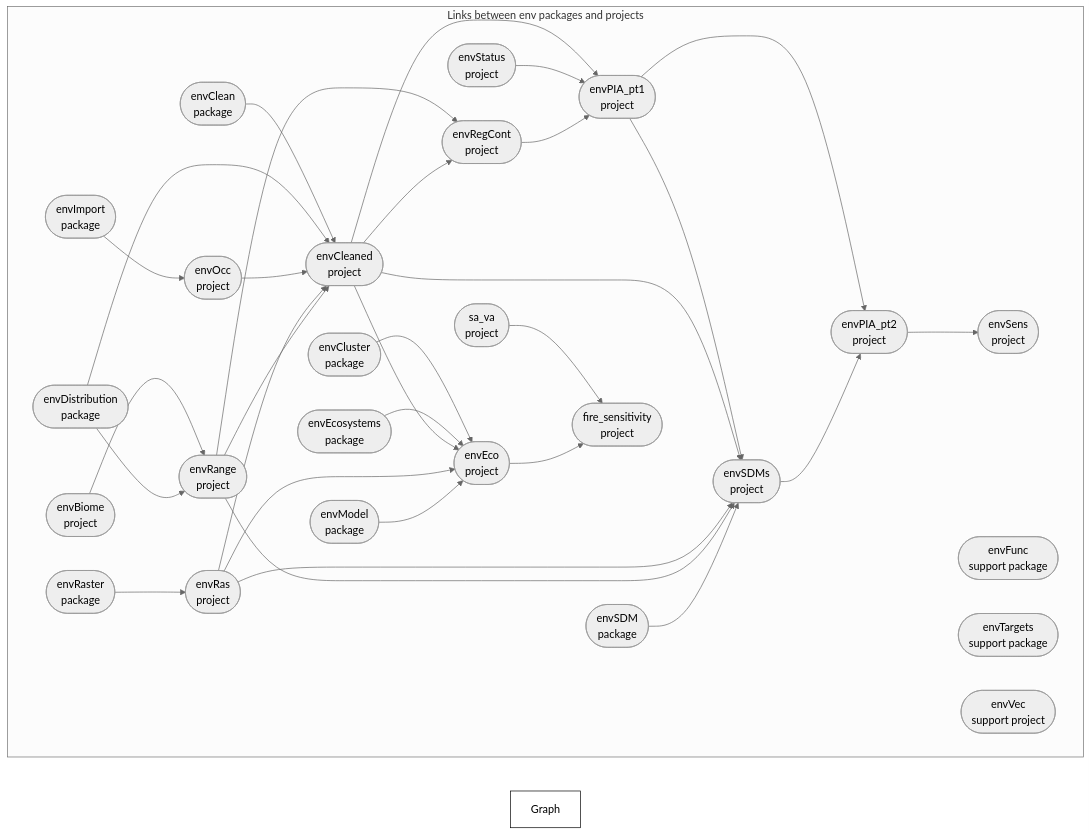
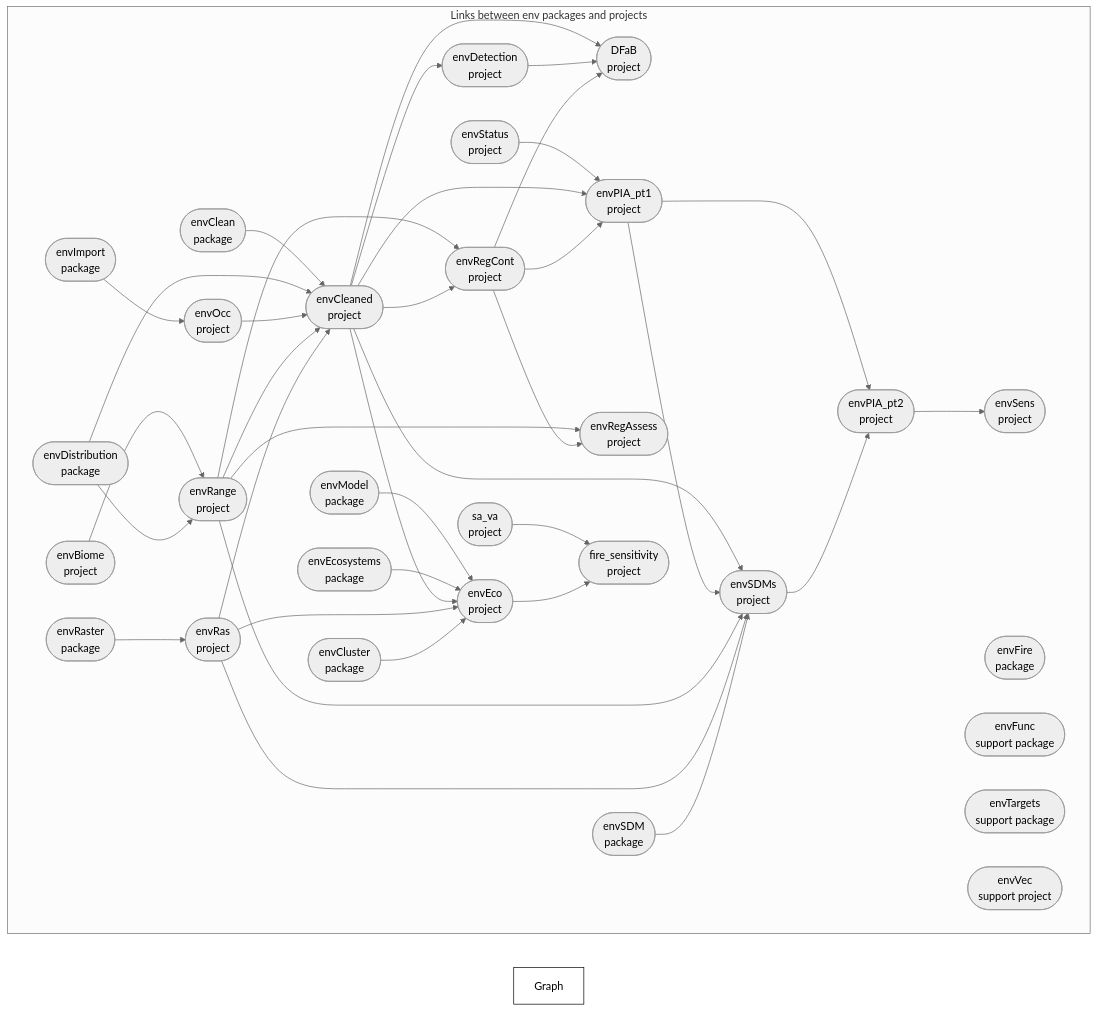
Before and after one commit to dew-landscapes/.github: the diagram in profile/README.md, drawn with Mermaid (neutral theme). The commit also changed other lines of this file, not shown here.

````diff
--- a/profile/README.md
+++ b/profile/README.md
@@ -44,39 +44,46 @@
 ``` mermaid
 graph LR
   style Graph fill:#FFFFFF00,stroke:#000000;
   subgraph Links between env packages and projects
     direction LR
+    x4e1f08a5bd05b882(["envCleaned<br>project"]):::queued --> x0658f5015c0c4be5(["DFaB<br>project"]):::queued
+    x0da89b87fbc34bf3(["envDetection<br>project"]):::queued --> x0658f5015c0c4be5(["DFaB<br>project"]):::queued
+    x5499a04bf3778295(["envRegCont<br>project"]):::queued --> x0658f5015c0c4be5(["DFaB<br>project"]):::queued
     x199e33ac94c360fd(["envClean<br>package"]):::queued --> x4e1f08a5bd05b882(["envCleaned<br>project"]):::queued
     xb53407deaf8a50f7(["envDistribution<br>package"]):::queued --> x4e1f08a5bd05b882(["envCleaned<br>project"]):::queued
     x9d3addc2d3c28cb0(["envOcc<br>project"]):::queued --> x4e1f08a5bd05b882(["envCleaned<br>project"]):::queued
+    x4f41d9ef8b70ed0e(["envRange<br>project"]):::queued --> x4e1f08a5bd05b882(["envCleaned<br>project"]):::queued
     x67b5feaf09e4d0ca(["envRas<br>project"]):::queued --> x4e1f08a5bd05b882(["envCleaned<br>project"]):::queued
-    x4f41d9ef8b70ed0e(["envRange<br>project"]):::queued --> x4e1f08a5bd05b882(["envCleaned<br>project"]):::queued
-    x9eca96d789260dc6(["envCluster<br>package"]):::queued --> xc70bb609a37b98f0(["envEco<br>project"]):::queued
+    x4e1f08a5bd05b882(["envCleaned<br>project"]):::queued --> x0da89b87fbc34bf3(["envDetection<br>project"]):::queued
+    x3c05f6553dd2ee1d(["envModel<br>package"]):::queued --> xc70bb609a37b98f0(["envEco<br>project"]):::queued
     x3c533c4f6ac5a427(["envEcosystems<br>package"]):::queued --> xc70bb609a37b98f0(["envEco<br>project"]):::queued
     x4e1f08a5bd05b882(["envCleaned<br>project"]):::queued --> xc70bb609a37b98f0(["envEco<br>project"]):::queued
     x67b5feaf09e4d0ca(["envRas<br>project"]):::queued --> xc70bb609a37b98f0(["envEco<br>project"]):::queued
-    x3c05f6553dd2ee1d(["envModel<br>package"]):::queued --> xc70bb609a37b98f0(["envEco<br>project"]):::queued
+    x9eca96d789260dc6(["envCluster<br>package"]):::queued --> xc70bb609a37b98f0(["envEco<br>project"]):::queued
     xa419b1871c902a02(["envImport<br>package"]):::queued --> x9d3addc2d3c28cb0(["envOcc<br>project"]):::queued
+    xf290cd0a0c6ffe34(["envStatus<br>project"]):::queued --> xdfa068c3ebc0366d(["envPIA_pt1<br>project"]):::queued
     x4e1f08a5bd05b882(["envCleaned<br>project"]):::queued --> xdfa068c3ebc0366d(["envPIA_pt1<br>project"]):::queued
-    xf290cd0a0c6ffe34(["envStatus<br>project"]):::queued --> xdfa068c3ebc0366d(["envPIA_pt1<br>project"]):::queued
     x5499a04bf3778295(["envRegCont<br>project"]):::queued --> xdfa068c3ebc0366d(["envPIA_pt1<br>project"]):::queued
     xdfa068c3ebc0366d(["envPIA_pt1<br>project"]):::queued --> xe5749d29c71b6a92(["envPIA_pt2<br>project"]):::queued
     xc1054dd4c63b18e0(["envSDMs<br>project"]):::queued --> xe5749d29c71b6a92(["envPIA_pt2<br>project"]):::queued
     xd8ce469e231f9860(["envBiome<br>project"]):::queued --> x4f41d9ef8b70ed0e(["envRange<br>project"]):::queued
     xb53407deaf8a50f7(["envDistribution<br>package"]):::queued --> x4f41d9ef8b70ed0e(["envRange<br>project"]):::queued
     x89ac92b9bcad912d(["envRaster<br>package"]):::queued --> x67b5feaf09e4d0ca(["envRas<br>project"]):::queued
+    x4f41d9ef8b70ed0e(["envRange<br>project"]):::queued --> x880df32bd41b0aa9(["envRegAssess<br>project"]):::queued
+    x5499a04bf3778295(["envRegCont<br>project"]):::queued --> x880df32bd41b0aa9(["envRegAssess<br>project"]):::queued
     x4f41d9ef8b70ed0e(["envRange<br>project"]):::queued --> x5499a04bf3778295(["envRegCont<br>project"]):::queued
     x4e1f08a5bd05b882(["envCleaned<br>project"]):::queued --> x5499a04bf3778295(["envRegCont<br>project"]):::queued
+    x4e1f08a5bd05b882(["envCleaned<br>project"]):::queued --> xc1054dd4c63b18e0(["envSDMs<br>project"]):::queued
     xdfa068c3ebc0366d(["envPIA_pt1<br>project"]):::queued --> xc1054dd4c63b18e0(["envSDMs<br>project"]):::queued
-    x4e1f08a5bd05b882(["envCleaned<br>project"]):::queued --> xc1054dd4c63b18e0(["envSDMs<br>project"]):::queued
+    x4f41d9ef8b70ed0e(["envRange<br>project"]):::queued --> xc1054dd4c63b18e0(["envSDMs<br>project"]):::queued
     x67b5feaf09e4d0ca(["envRas<br>project"]):::queued --> xc1054dd4c63b18e0(["envSDMs<br>project"]):::queued
-    x4f41d9ef8b70ed0e(["envRange<br>project"]):::queued --> xc1054dd4c63b18e0(["envSDMs<br>project"]):::queued
     x07cddf360e9b199e(["envSDM<br>package"]):::queued --> xc1054dd4c63b18e0(["envSDMs<br>project"]):::queued
     xe5749d29c71b6a92(["envPIA_pt2<br>project"]):::queued --> x2d1dcea9060b62fe(["envSens<br>project"]):::queued
     xb2a4767da474386b(["sa_va<br>project"]):::queued --> x0f16edc93d113ef9(["fire_sensitivity<br>project"]):::queued
     xc70bb609a37b98f0(["envEco<br>project"]):::queued --> x0f16edc93d113ef9(["fire_sensitivity<br>project"]):::queued
+    xb092d78dc6463536(["envFire<br>package"]):::queued
     x6832f874a98057bb(["envFunc<br>support package"]):::queued
     xb03046fba8fa1b84(["envTargets<br>support package"]):::queued
     xa92bc89dfa147112(["envVec<br>support project"]):::queued
   end
 ```
````
